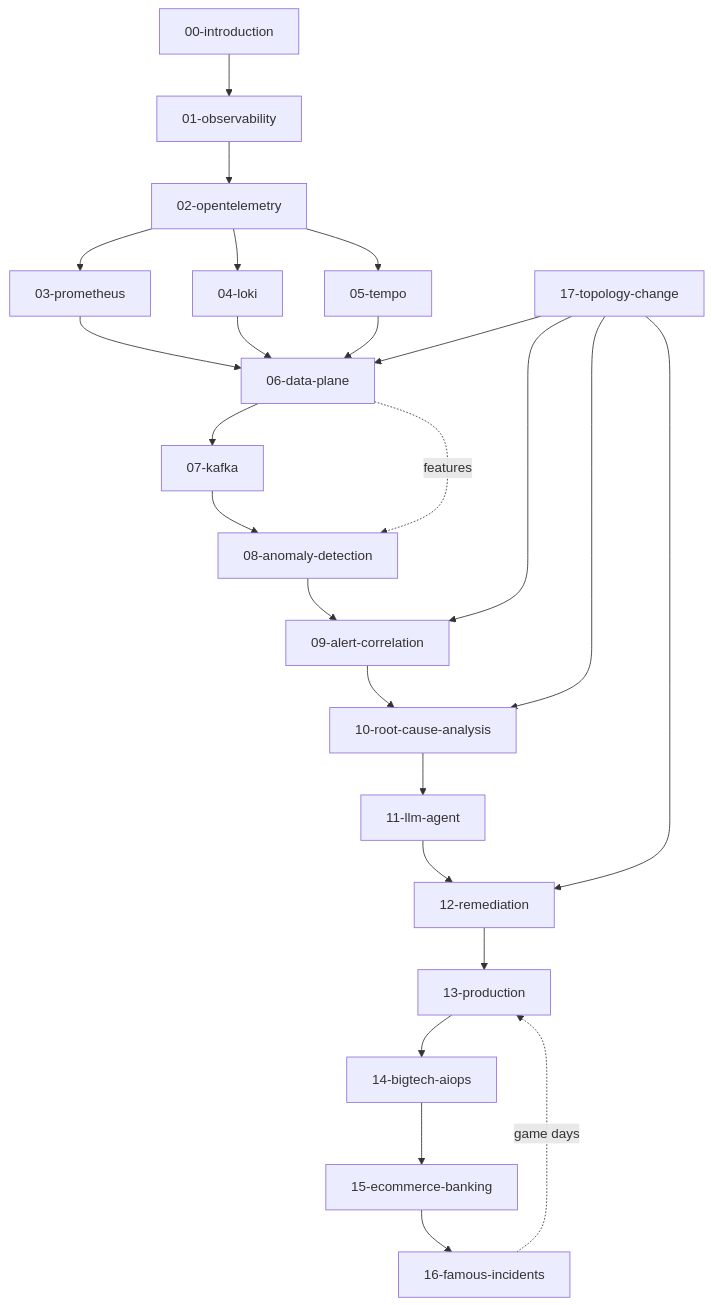
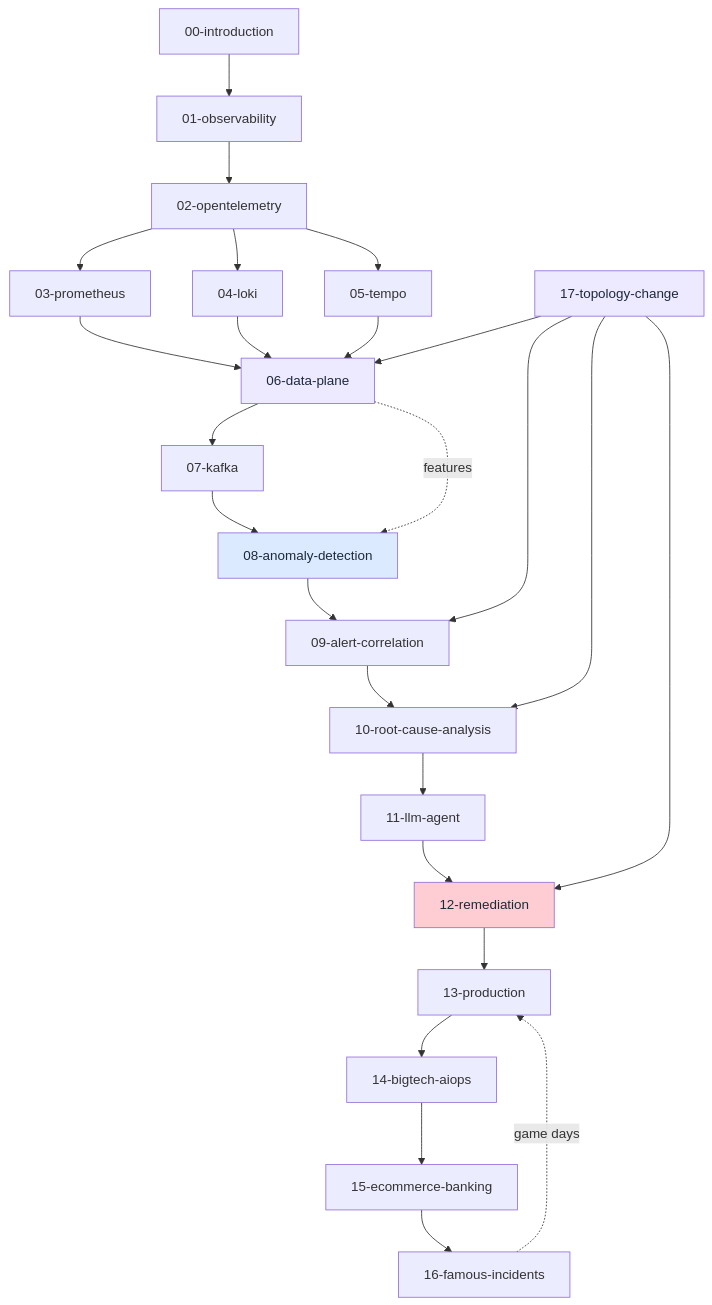
One commit to XUanhoa04/aiops-engineering-handbook changed the second of 2 diagrams in README.md. Above: the diagram before and after it, drawn with Mermaid. The commit also changed other lines of this file, not shown here.

````diff
--- a/README.md
+++ b/README.md
@@ -174,28 +183,33 @@
 ```mermaid
 graph TD
     INTRO[00-introduction] --> OBS[01-observability]
     OBS --> OTEL[02-opentelemetry]
     OTEL --> PROM[03-prometheus]
     OTEL --> LOKI[04-loki]
     OTEL --> TEMPO[05-tempo]
     PROM --> DP[06-data-plane]
     LOKI --> DP
     TEMPO --> DP
     DP --> KAFKA[07-kafka]
     KAFKA --> AD[08-anomaly-detection]
     AD --> AC[09-alert-correlation]
     AC --> RCA[10-root-cause-analysis]
     RCA --> LLM[11-llm-agent]
     LLM --> REM[12-remediation]
     REM --> PROD[13-production]
     PROD --> BIG[14-bigtech-aiops]
     BIG --> DOM[15-ecommerce-banking]
     DOM --> INC[16-famous-incidents]
     TOPO[17-topology-change] --> DP
     TOPO --> AC
     TOPO --> RCA
     TOPO --> REM
 
     DP -.->|features| AD
     INC -.->|game days| PROD
+
+    style DP fill:#ede9fe,color:#1e293b
+    style TOPO fill:#ede9fe,color:#1e293b
+    style AD fill:#dbeafe,color:#1e293b
+    style REM fill:#fecdd3,color:#1e293b
 ```
````
